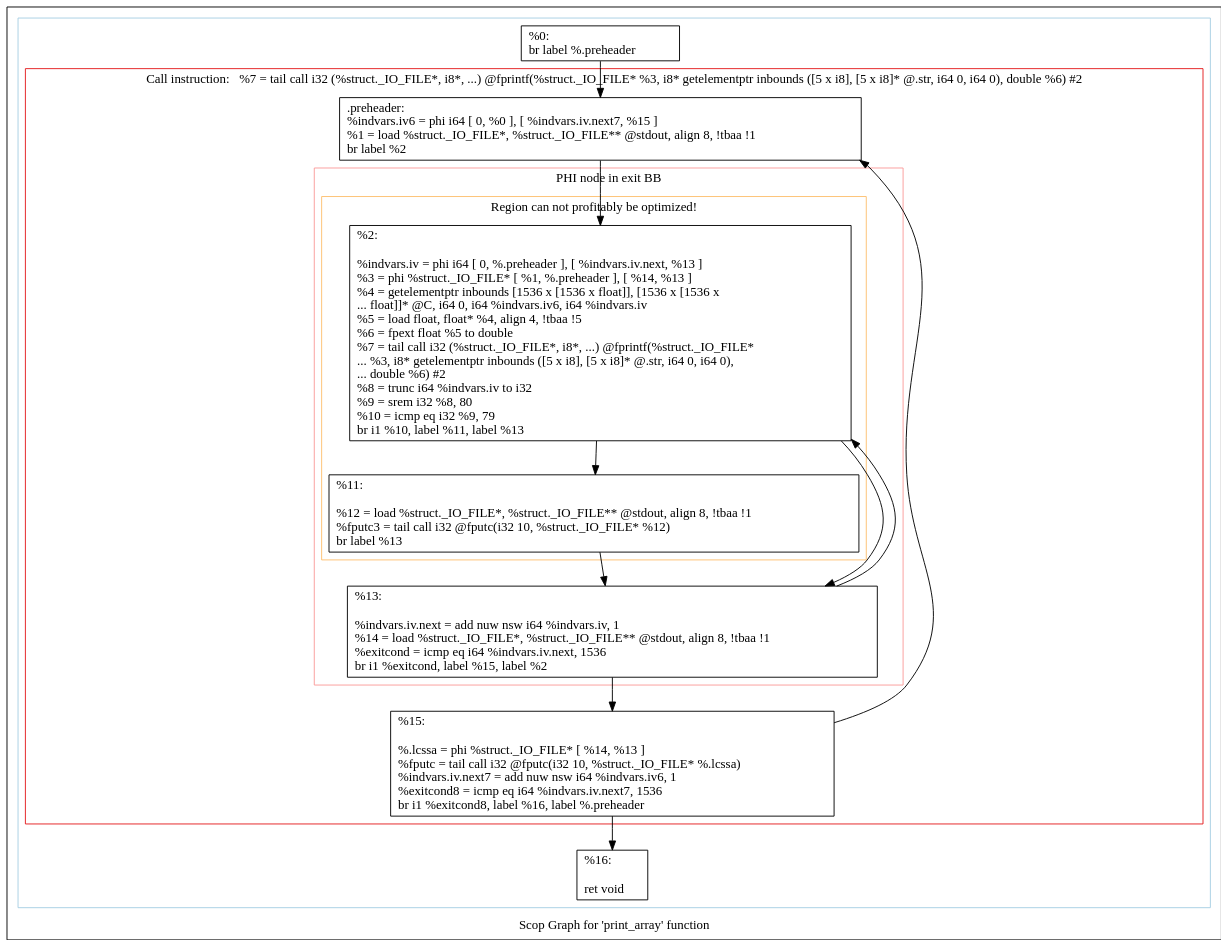
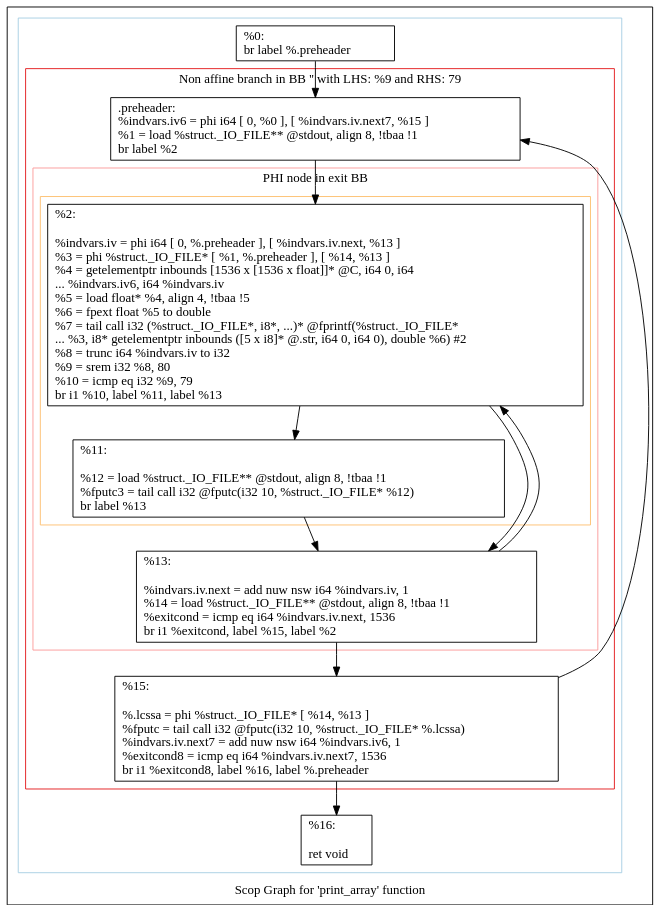
The diagram in matmul-polly/scops.print_array.dot (rogerioag/openmp-hook), drawn with Graphviz before and after one commit. The commit also changed 9 other files, not shown here.

```diff
--- a/matmul-polly/scops.print_array.dot
+++ b/matmul-polly/scops.print_array.dot
@@ -1,48 +1,48 @@
 digraph "Scop Graph for 'print_array' function" {
 	label="Scop Graph for 'print_array' function";
 
-	Node0x1630030 [shape=record,label="{%0:\l  br label %.preheader\l}"];
-	Node0x1630030 -> Node0x162fc80;
-	Node0x162fc80 [shape=record,label="{.preheader:                                       \l  %indvars.iv6 = phi i64 [ 0, %0 ], [ %indvars.iv.next7, %15 ]\l  %1 = load %struct._IO_FILE*, %struct._IO_FILE** @stdout, align 8, !tbaa !1\l  br label %2\l}"];
-	Node0x162fc80 -> Node0x162ffb0;
-	Node0x162ffb0 [shape=record,label="{%2:\l\l  %indvars.iv = phi i64 [ 0, %.preheader ], [ %indvars.iv.next, %13 ]\l  %3 = phi %struct._IO_FILE* [ %1, %.preheader ], [ %14, %13 ]\l  %4 = getelementptr inbounds [1536 x [1536 x float]], [1536 x [1536 x\l... float]]* @C, i64 0, i64 %indvars.iv6, i64 %indvars.iv\l  %5 = load float, float* %4, align 4, !tbaa !5\l  %6 = fpext float %5 to double\l  %7 = tail call i32 (%struct._IO_FILE*, i8*, ...) @fprintf(%struct._IO_FILE*\l... %3, i8* getelementptr inbounds ([5 x i8], [5 x i8]* @.str, i64 0, i64 0),\l... double %6) #2\l  %8 = trunc i64 %indvars.iv to i32\l  %9 = srem i32 %8, 80\l  %10 = icmp eq i32 %9, 79\l  br i1 %10, label %11, label %13\l}"];
-	Node0x162ffb0 -> Node0x1630000;
-	Node0x162ffb0 -> Node0x1623f20;
-	Node0x1630000 [shape=record,label="{%11:\l\l  %12 = load %struct._IO_FILE*, %struct._IO_FILE** @stdout, align 8, !tbaa !1\l  %fputc3 = tail call i32 @fputc(i32 10, %struct._IO_FILE* %12)\l  br label %13\l}"];
-	Node0x1630000 -> Node0x1623f20;
-	Node0x1623f20 [shape=record,label="{%13:\l\l  %indvars.iv.next = add nuw nsw i64 %indvars.iv, 1\l  %14 = load %struct._IO_FILE*, %struct._IO_FILE** @stdout, align 8, !tbaa !1\l  %exitcond = icmp eq i64 %indvars.iv.next, 1536\l  br i1 %exitcond, label %15, label %2\l}"];
-	Node0x1623f20 -> Node0x1623f40;
-	Node0x1623f20 -> Node0x162ffb0[constraint=false];
-	Node0x1623f40 [shape=record,label="{%15:\l\l  %.lcssa = phi %struct._IO_FILE* [ %14, %13 ]\l  %fputc = tail call i32 @fputc(i32 10, %struct._IO_FILE* %.lcssa)\l  %indvars.iv.next7 = add nuw nsw i64 %indvars.iv6, 1\l  %exitcond8 = icmp eq i64 %indvars.iv.next7, 1536\l  br i1 %exitcond8, label %16, label %.preheader\l}"];
-	Node0x1623f40 -> Node0x162fe20;
-	Node0x1623f40 -> Node0x162fc80[constraint=false];
-	Node0x162fe20 [shape=record,label="{%16:\l\l  ret void\l}"];
+	Node0x2314b80 [shape=record,label="{%0:\l  br label %.preheader\l}"];
+	Node0x2314b80 -> Node0x22e25b0;
+	Node0x22e25b0 [shape=record,label="{.preheader:                                       \l  %indvars.iv6 = phi i64 [ 0, %0 ], [ %indvars.iv.next7, %15 ]\l  %1 = load %struct._IO_FILE** @stdout, align 8, !tbaa !1\l  br label %2\l}"];
+	Node0x22e25b0 -> Node0x231a0c0;
+	Node0x231a0c0 [shape=record,label="{%2:\l\l  %indvars.iv = phi i64 [ 0, %.preheader ], [ %indvars.iv.next, %13 ]\l  %3 = phi %struct._IO_FILE* [ %1, %.preheader ], [ %14, %13 ]\l  %4 = getelementptr inbounds [1536 x [1536 x float]]* @C, i64 0, i64\l... %indvars.iv6, i64 %indvars.iv\l  %5 = load float* %4, align 4, !tbaa !5\l  %6 = fpext float %5 to double\l  %7 = tail call i32 (%struct._IO_FILE*, i8*, ...)* @fprintf(%struct._IO_FILE*\l... %3, i8* getelementptr inbounds ([5 x i8]* @.str, i64 0, i64 0), double %6) #2\l  %8 = trunc i64 %indvars.iv to i32\l  %9 = srem i32 %8, 80\l  %10 = icmp eq i32 %9, 79\l  br i1 %10, label %11, label %13\l}"];
+	Node0x231a0c0 -> Node0x2315110;
+	Node0x231a0c0 -> Node0x231a2a0;
+	Node0x2315110 [shape=record,label="{%11:\l\l  %12 = load %struct._IO_FILE** @stdout, align 8, !tbaa !1\l  %fputc3 = tail call i32 @fputc(i32 10, %struct._IO_FILE* %12)\l  br label %13\l}"];
+	Node0x2315110 -> Node0x231a2a0;
+	Node0x231a2a0 [shape=record,label="{%13:\l\l  %indvars.iv.next = add nuw nsw i64 %indvars.iv, 1\l  %14 = load %struct._IO_FILE** @stdout, align 8, !tbaa !1\l  %exitcond = icmp eq i64 %indvars.iv.next, 1536\l  br i1 %exitcond, label %15, label %2\l}"];
+	Node0x231a2a0 -> Node0x231a210;
+	Node0x231a2a0 -> Node0x231a0c0[constraint=false];
+	Node0x231a210 [shape=record,label="{%15:\l\l  %.lcssa = phi %struct._IO_FILE* [ %14, %13 ]\l  %fputc = tail call i32 @fputc(i32 10, %struct._IO_FILE* %.lcssa)\l  %indvars.iv.next7 = add nuw nsw i64 %indvars.iv6, 1\l  %exitcond8 = icmp eq i64 %indvars.iv.next7, 1536\l  br i1 %exitcond8, label %16, label %.preheader\l}"];
+	Node0x231a210 -> Node0x231a270;
+	Node0x231a210 -> Node0x22e25b0[constraint=false];
+	Node0x231a270 [shape=record,label="{%16:\l\l  ret void\l}"];
 	colorscheme = "paired12"
-        subgraph cluster_0x16240e0 {
+        subgraph cluster_0x2318dd0 {
           label = "";
           style = solid;
           color = 1
-          subgraph cluster_0x1630150 {
-            label = "Call instruction:   %7 = tail call i32 (%struct._IO_FILE*, i8*, ...) @fprintf(%struct._IO_FILE* %3, i8* getelementptr inbounds ([5 x i8], [5 x i8]* @.str, i64 0, i64 0), double %6) #2";
+          subgraph cluster_0x231a390 {
+            label = "Non affine branch in BB '' with LHS: %9 and RHS: 79";
             style = solid;
             color = 6
-            subgraph cluster_0x16300d0 {
+            subgraph cluster_0x2314690 {
               label = "PHI node in exit BB";
               style = solid;
               color = 5
-              subgraph cluster_0x1630050 {
-                label = "Region can not profitably be optimized!";
+              subgraph cluster_0x2314610 {
+                label = "";
                 style = solid;
                 color = 7
-                Node0x162ffb0;
-                Node0x1630000;
+                Node0x231a0c0;
+                Node0x2315110;
               }
-              Node0x1623f20;
+              Node0x231a2a0;
             }
-            Node0x162fc80;
-            Node0x1623f40;
+            Node0x22e25b0;
+            Node0x231a210;
           }
-          Node0x1630030;
-          Node0x162fe20;
+          Node0x2314b80;
+          Node0x231a270;
         }
 }
```
